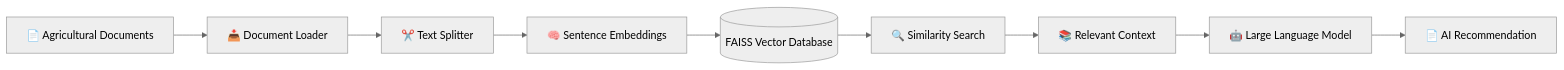
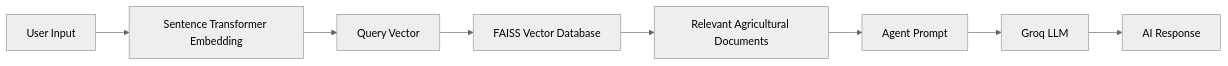
Before and after one commit to dilumgit/Agriculture-Land-Planning-Agent: the third of 3 diagrams in README.md, drawn with Mermaid (neutral theme). The commit also changed other lines of this file and 18 other files, not shown here.

````diff
--- a/README.md
+++ b/README.md
@@ -229,21 +306,19 @@
 ```mermaid
 flowchart LR
 
-A[📄 Agricultural Documents]
+A[User Input]
 
-A --> B[📥 Document Loader]
+A --> B[Sentence Transformer Embedding]
 
-B --> C[✂️ Text Splitter]
+B --> C[Query Vector]
 
-C --> D[🧠 Sentence Embeddings]
+C --> D[FAISS Vector Database]
 
-D --> E[(FAISS Vector Database)]
+D --> E[Relevant Agricultural Documents]
 
-E --> F[🔍 Similarity Search]
+E --> F[Agent Prompt]
 
-F --> G[📚 Relevant Context]
+F --> G[Groq LLM]
 
-G --> H[🤖 Large Language Model]
-
-H --> I[📄 AI Recommendation]
+G --> H[AI Response]
 ```
````
